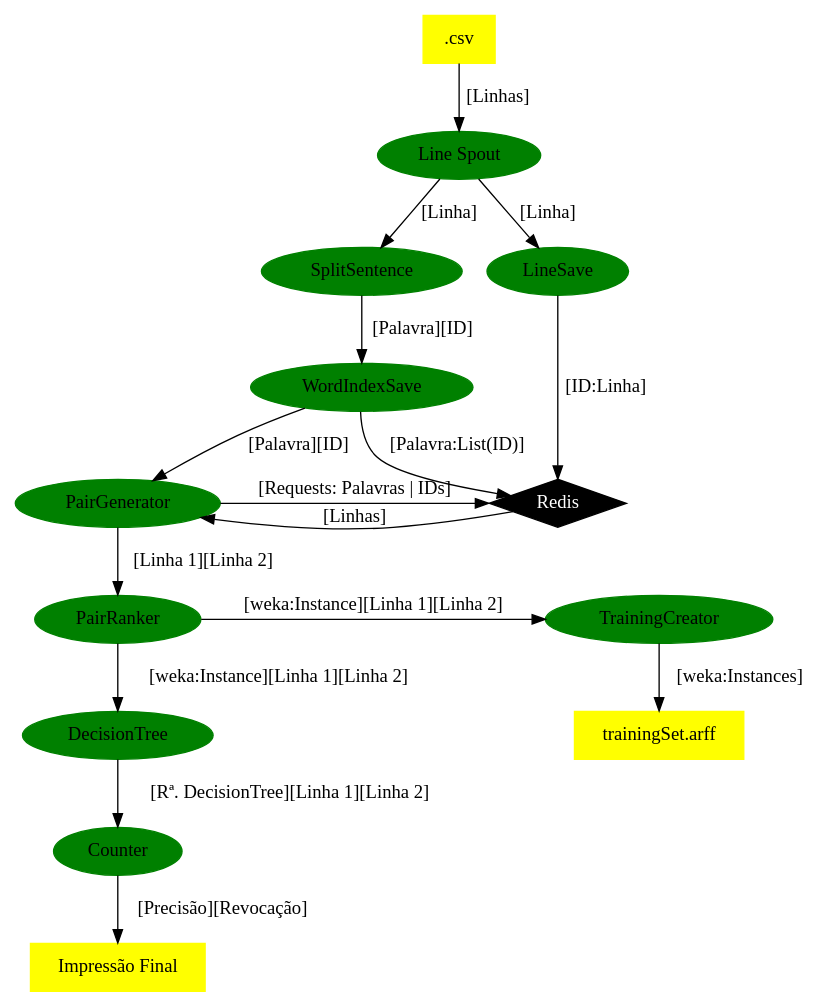
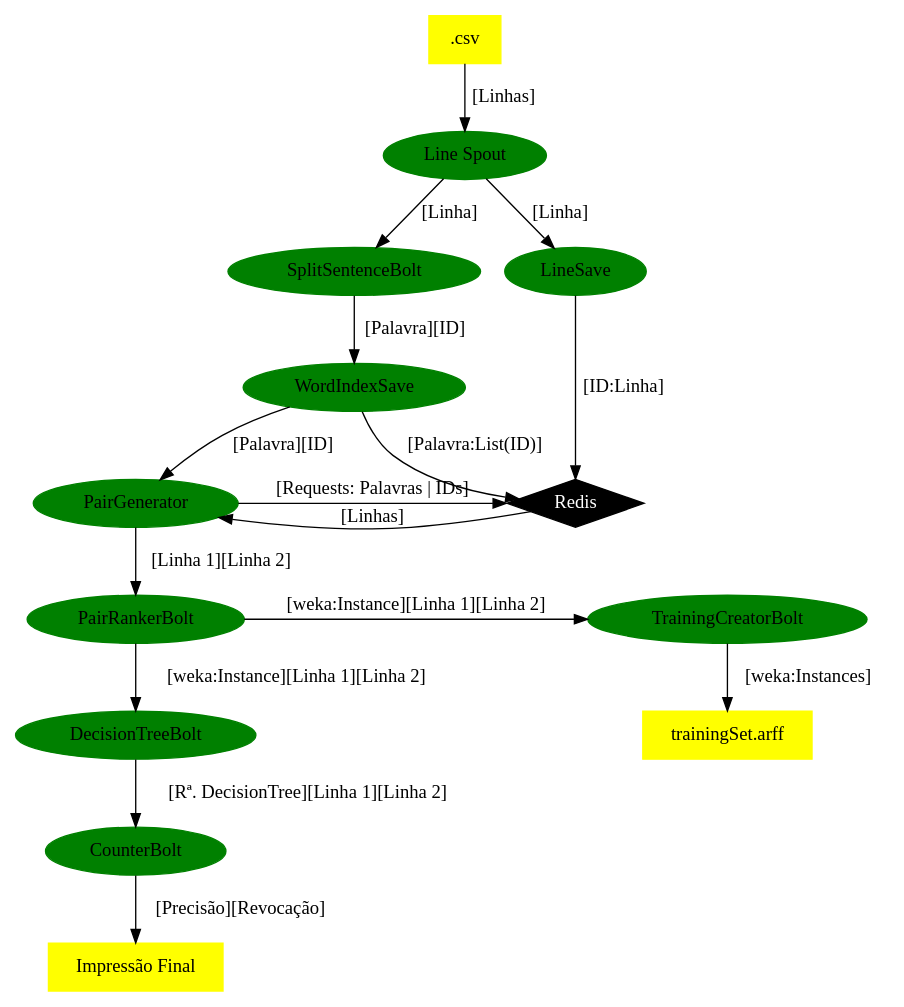
One commit to luanfelixpimentel/storminho changed the diagram in info/whats_going_on.dot. Above: the diagram before and after it, drawn with Graphviz. The commit also changed 16 other files, not shown here.

Commit message:
Criada pasta bolts. CounterBolt e DecisionTreeBolt estão prontos. Falta teste final. Imagem atualizada

```diff
--- a/info/whats_going_on.dot
+++ b/info/whats_going_on.dot
@@ -1,61 +1,61 @@
 digraph projeto_topology {
     node [style="filled"]
 
     //files
     {
         node [shape="box" color="yellow"]
         csv [label=".csv"]
         impressaofinal [label="Impressão Final"]
         trainingset [label="trainingSet.arff"]
     }
     //spouts and bolts
     {
         node [shape="ellipse" color="green"]
         linespout [label="Line Spout", comment="teste"]
-        splitsentence [label="SplitSentence"]
+        splitsentence [label="SplitSentenceBolt"]
         linesave [label="LineSave"]
         wordindexsave [label="WordIndexSave"]
-        pairranker [label="PairRanker"]
+        pairranker [label="PairRankerBolt"]
         pairgenerator [label="PairGenerator"]
-        decisiontree [label="DecisionTree"]
-        counter [label="Counter"]
-        trainingcreator [label="TrainingCreator"]
+        decisiontree [label="DecisionTreeBolt"]
+        counter [label="CounterBolt"]
+        trainingcreator [label="TrainingCreatorBolt"]
     }
     //programas
     {
         node [shape="trapezium" color="orange"]
     }
 
     //outros
     {
         node [shape="diamond" color="black" fontcolor="white"]
         redis [label="Redis"]
     }
 
     //ligações
     {
         csv -> linespout [label="[Linhas]"]
         linespout -> {linesave splitsentence} [label="[Linha]"]
         linesave -> redis [label="[ID:Linha]"]
         splitsentence -> wordindexsave [label="[Palavra][ID]"]
         wordindexsave -> redis [label="[Palavra:List(ID)]"]
         wordindexsave -> pairgenerator [label="[Palavra][ID]"]
         pairgenerator -> redis [label="[Requests: Palavras | IDs]"]
         redis -> pairgenerator [label="[Linhas]"]
         pairgenerator -> pairranker [label="[Linha 1][Linha 2]"]
         pairranker -> {trainingcreator decisiontree} [label="[weka:Instance][Linha 1][Linha 2]"]
         trainingcreator -> trainingset [label="[weka:Instances]"]
         decisiontree -> counter [label="[Rª. DecisionTree][Linha 1][Linha 2]"]
         counter -> impressaofinal [label="[Precisão][Revocação]"]
 
     }
 
     //ranks (posições)
     {
         {rank=same; splitsentence linesave}
         {rank=same; pairgenerator redis}
         {rank=same; pairranker trainingcreator}
 
 
     }
 }
```
